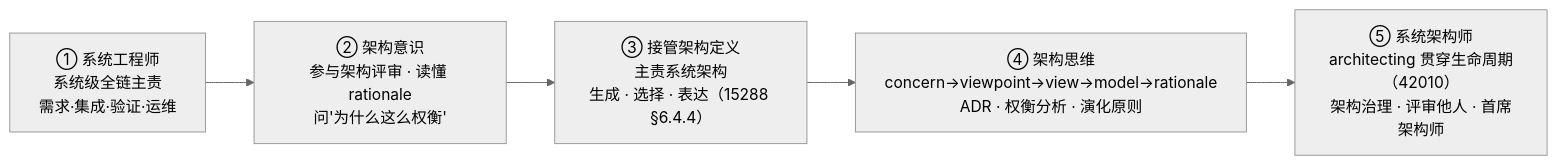
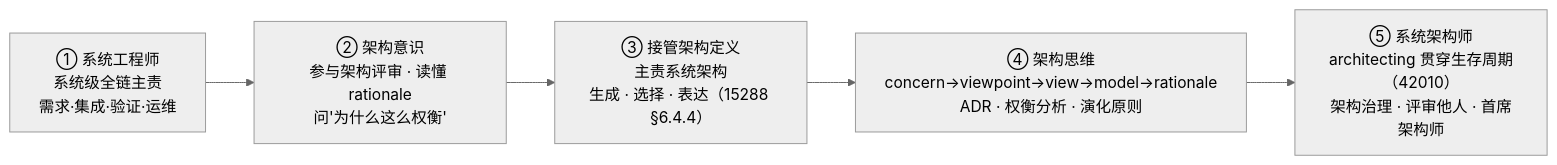
Diagram 17 of 21 in 100-subprojects/01-系统工程研究/00-系统工程相关研究报告/13-工程角色谱系研究报告-从模块工程师到系统架构师.md (Yongjunzhou/AOS-system-design), drawn with Mermaid (neutral theme) before and after one commit. The commit also changed other lines of this file and 38 other files, not shown here.

````diff
--- a/100-subprojects/01-系统工程研究/00-系统工程相关研究报告/13-工程角色谱系研究报告-从模块工程师到系统架构师.md
+++ b/100-subprojects/01-系统工程研究/00-系统工程相关研究报告/13-工程角色谱系研究报告-从模块工程师到系统架构师.md
@@ -676,7 +710,7 @@
 ```mermaid
 flowchart LR
     S1["① 系统工程师<br/>系统级全链主责<br/>需求·集成·验证·运维"] --> S2["② 架构意识<br/>参与架构评审 · 读懂 rationale<br/>问'为什么这么权衡'"]
     S2 --> S3["③ 接管架构定义<br/>主责系统架构<br/>生成 · 选择 · 表达（15288 §6.4.4）"]
     S3 --> S4["④ 架构思维<br/>concern→viewpoint→view→model→rationale<br/>ADR · 权衡分析 · 演化原则"]
-    S4 --> S5["⑤ 系统架构师<br/>architecting 贯穿生命周期（42010）<br/>架构治理 · 评审他人 · 首席架构师"]
+    S4 --> S5["⑤ 系统架构师<br/>architecting 贯穿生存周期（42010）<br/>架构治理 · 评审他人 · 首席架构师"]
 ```
````
